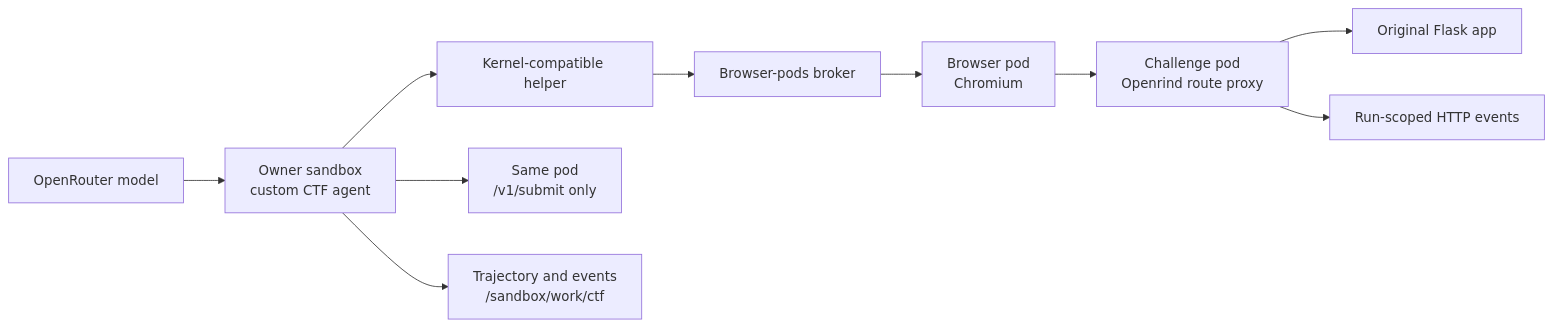
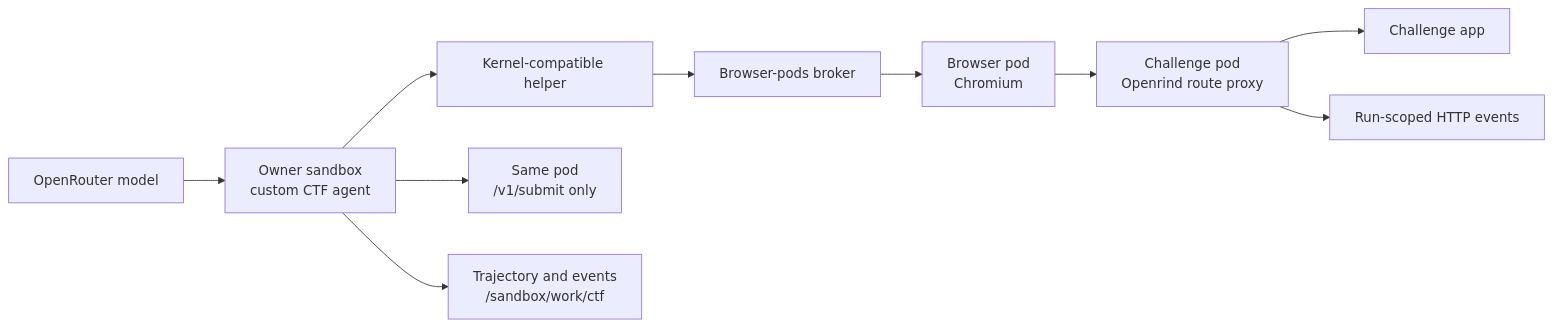
The diagram in openrind-desktop/packages/ctf-runtime/README.md (openrind/openrind-shell), drawn with Mermaid before and after one commit. The commit also changed other lines of this file and 52 other files, not shown here.

````diff
--- a/openrind-desktop/packages/ctf-runtime/README.md
+++ b/openrind-desktop/packages/ctf-runtime/README.md
@@ -37,12 +36,12 @@
 ```mermaid
 flowchart LR
   model["OpenRouter model"] --> owner["Owner sandbox\ncustom CTF agent"]
   owner --> helper["Kernel-compatible helper"]
   helper --> broker["Browser-pods broker"]
   broker --> browser["Browser pod\nChromium"]
   browser --> proxy["Challenge pod\nOpenrind route proxy"]
-  proxy --> app["Original Flask app"]
+  proxy --> app["Challenge app"]
   owner --> judge["Same pod\n/v1/submit only"]
   owner --> trajectory["Trajectory and events\n/sandbox/work/ctf"]
   proxy --> eventlog["Run-scoped HTTP events"]
 ```
````
